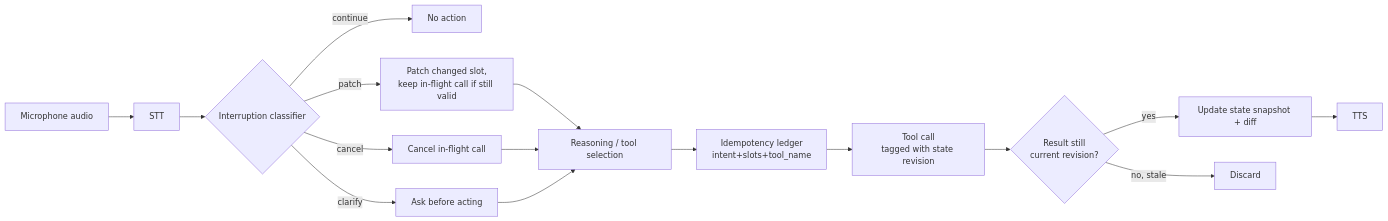
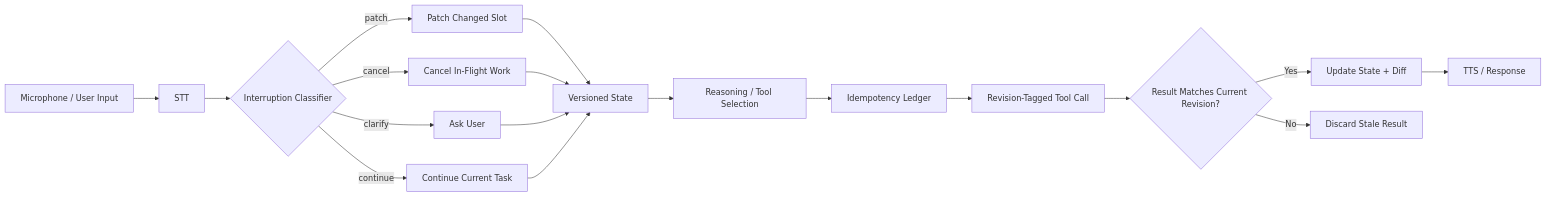
One commit to srishti-1935/duplex-agent changed the diagram in Readme.md. Above: the diagram before and after it, drawn with Mermaid. The commit also changed other lines of this file and 1 other file, not shown here.

````diff
--- a/Readme.md
+++ b/Readme.md
@@ -32,18 +74,25 @@
 ```mermaid
 flowchart LR
-    A[Microphone audio] --> B[STT]
-    B --> C{Interruption classifier}
-    C -->|continue| D[No action]
-    C -->|patch| E[Patch changed slot,\nkeep in-flight call if still valid]
-    C -->|cancel| F[Cancel in-flight call]
-    C -->|clarify| G[Ask before acting]
-    E --> H[Reasoning / tool selection]
+    A[Microphone / User Input] --> B[STT]
+    B --> C{Interruption Classifier}
+
+    C -->|continue| D[Continue Current Task]
+    C -->|patch| E[Patch Changed Slot]
+    C -->|cancel| F[Cancel In-Flight Work]
+    C -->|clarify| G[Ask User]
+
+    E --> H[Versioned State]
     F --> H
     G --> H
-    H --> I[Idempotency ledger\nintent+slots+tool_name]
-    I --> J[Tool call\ntagged with state revision]
-    J --> K{Result still\ncurrent revision?}
-    K -->|yes| L[Update state snapshot + diff]
-    K -->|no, stale| M[Discard]
-    L --> N[TTS]
+    D --> H
+
+    H --> I[Reasoning / Tool Selection]
+    I --> J[Idempotency Ledger]
+    J --> K[Revision-Tagged Tool Call]
+    K --> L{Result Matches Current Revision?}
+
+    L -->|Yes| M[Update State + Diff]
+    L -->|No| N[Discard Stale Result]
+
+    M --> O[TTS / Response]
 ```
````
